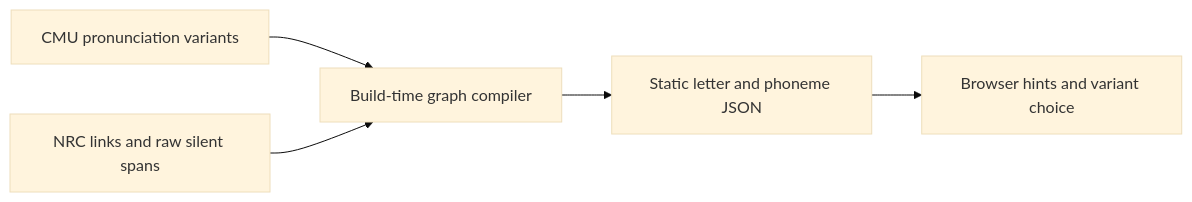
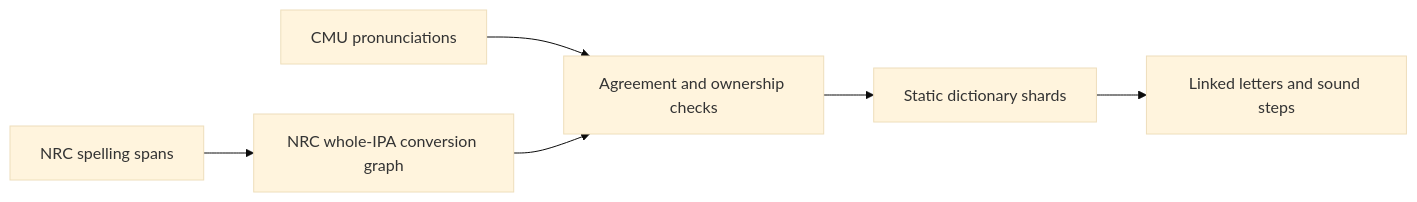
Before and after one commit to charlesbmi/phonics: the diagram in docs/alignment-next.md, drawn with Mermaid (base theme). The commit also changed other lines of this file and 526 other files, not shown here.

First line of the commit message:
feat: render sourced phoneme graphs and audit common words

````diff
--- a/docs/alignment-next.md
+++ b/docs/alignment-next.md
@@ -32,7 +5,8 @@
 ```mermaid
 flowchart LR
-  A[CMU pronunciation variants] --> C[Build-time graph compiler]
-  B[NRC links and raw silent spans] --> C
-  C --> D[Static letter and phoneme JSON]
-  D --> E[Browser hints and variant choice]
+  A[CMU pronunciations] --> D[Agreement and ownership checks]
+  B[NRC spelling spans] --> C[NRC whole-IPA conversion graph]
+  C --> D
+  D --> E[Static dictionary shards]
+  E --> F[Linked letters and sound steps]
 ```
````
